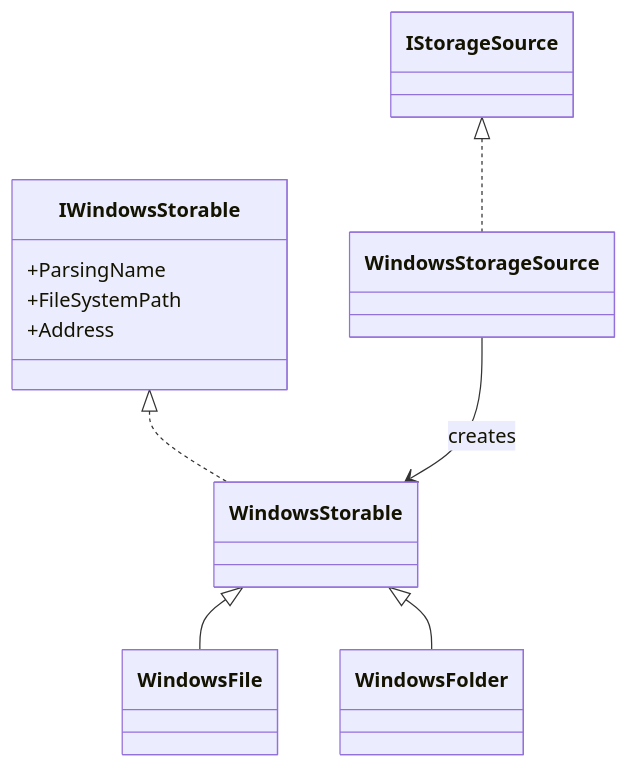
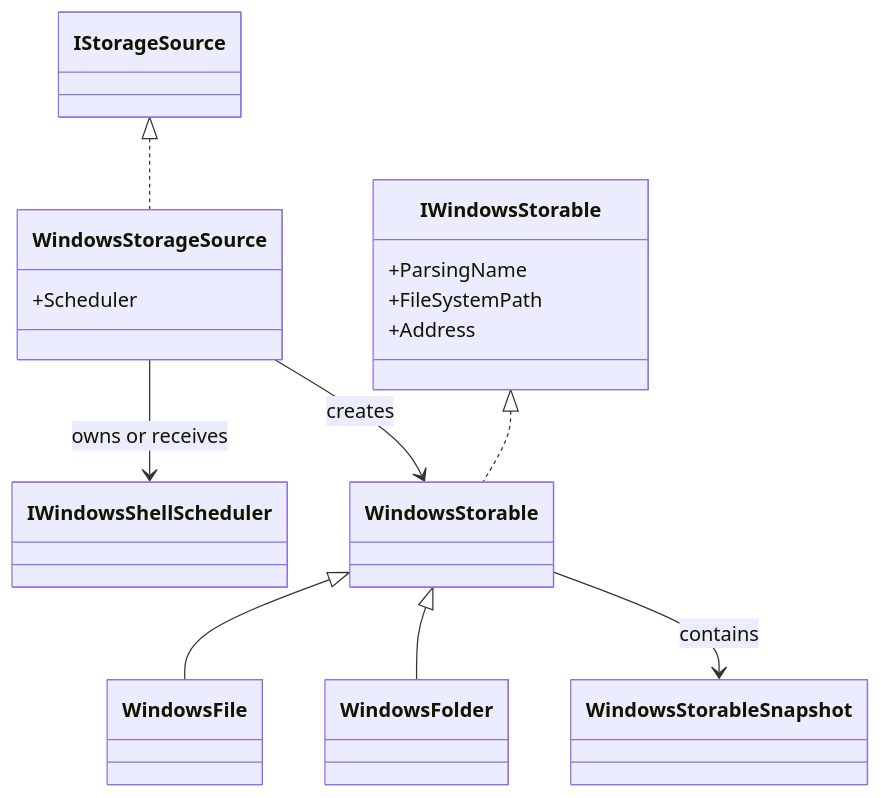
Before and after one commit to 0x5bfa/Files: the first of 4 diagrams in docs/architecture/windows-storage.md, drawn with Mermaid. The commit also changed other lines of this file and 63 other files, not shown here.

````diff
--- a/docs/architecture/windows-storage.md
+++ b/docs/architecture/windows-storage.md
@@ -7,19 +7,25 @@
 ```mermaid
 classDiagram
     class IStorageSource
-    class WindowsStorageSource
+    class WindowsStorageSource {
+        +Scheduler
+    }
+    class IWindowsShellScheduler
+    class WindowsStorableSnapshot
     class IWindowsStorable {
         +ParsingName
         +FileSystemPath
         +Address
     }
     class WindowsStorable
     class WindowsFile
     class WindowsFolder
 
     IStorageSource <|.. WindowsStorageSource
+    WindowsStorageSource --> IWindowsShellScheduler : owns or receives
     IWindowsStorable <|.. WindowsStorable
     WindowsStorable <|-- WindowsFile
     WindowsStorable <|-- WindowsFolder
+    WindowsStorable --> WindowsStorableSnapshot : contains
     WindowsStorageSource --> WindowsStorable : creates
 ```
````
